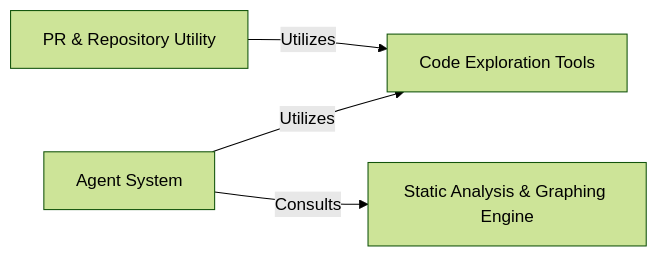
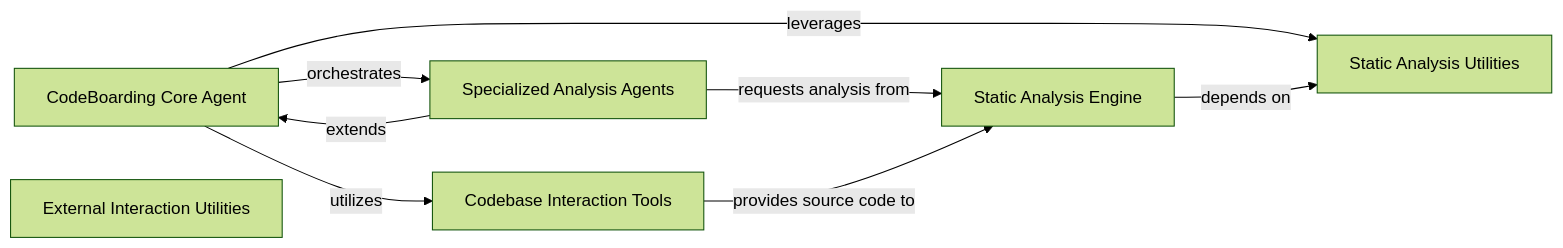
Before and after one commit to mariyam866/CodeBoarding: the diagram in .codeboarding/on_boarding.md, drawn with Mermaid (forest theme). The commit also changed other lines of this file and 6 other files, not shown here.

````diff
--- a/.codeboarding/on_boarding.md
+++ b/.codeboarding/on_boarding.md
@@ -1,14 +1,22 @@
 ```mermaid
 graph LR
-    Agent_System["Agent System"]
-    Code_Exploration_Tools["Code Exploration Tools"]
-    Static_Analysis_Graphing_Engine["Static Analysis & Graphing Engine"]
-    PR_Repository_Utility["PR & Repository Utility"]
-    Agent_System -- "Utilizes" --> Code_Exploration_Tools
-    Agent_System -- "Consults" --> Static_Analysis_Graphing_Engine
-    PR_Repository_Utility -- "Utilizes" --> Code_Exploration_Tools
-    click Agent_System href "https://github.com/CodeBoarding/CodeBoarding/blob/main/.codeboarding//CodeBoarding/Agent System.md" "Details"
-    click Code_Exploration_Tools href "https://github.com/CodeBoarding/CodeBoarding/blob/main/.codeboarding//CodeBoarding/Code Exploration Tools.md" "Details"
-    click Static_Analysis_Graphing_Engine href "https://github.com/CodeBoarding/CodeBoarding/blob/main/.codeboarding//CodeBoarding/Static Analysis & Graphing Engine.md" "Details"
-    click PR_Repository_Utility href "https://github.com/CodeBoarding/CodeBoarding/blob/main/.codeboarding//CodeBoarding/PR & Repository Utility.md" "Details"
+    CodeBoarding_Core_Agent["CodeBoarding Core Agent"]
+    Specialized_Analysis_Agents["Specialized Analysis Agents"]
+    Codebase_Interaction_Tools["Codebase Interaction Tools"]
+    Static_Analysis_Engine["Static Analysis Engine"]
+    Static_Analysis_Utilities["Static Analysis Utilities"]
+    External_Interaction_Utilities["External Interaction Utilities"]
+    CodeBoarding_Core_Agent -- "orchestrates" --> Specialized_Analysis_Agents
+    Specialized_Analysis_Agents -- "extends" --> CodeBoarding_Core_Agent
+    CodeBoarding_Core_Agent -- "utilizes" --> Codebase_Interaction_Tools
+    CodeBoarding_Core_Agent -- "leverages" --> Static_Analysis_Utilities
+    Specialized_Analysis_Agents -- "requests analysis from" --> Static_Analysis_Engine
+    Static_Analysis_Engine -- "depends on" --> Static_Analysis_Utilities
+    Codebase_Interaction_Tools -- "provides source code to" --> Static_Analysis_Engine
+    click CodeBoarding_Core_Agent href "https://github.com/CodeBoarding/CodeBoarding/blob/main/.codeboarding//CodeBoarding/CodeBoarding Core Agent.md" "Details"
+    click Specialized_Analysis_Agents href "https://github.com/CodeBoarding/CodeBoarding/blob/main/.codeboarding//CodeBoarding/Specialized Analysis Agents.md" "Details"
+    click Codebase_Interaction_Tools href "https://github.com/CodeBoarding/CodeBoarding/blob/main/.codeboarding//CodeBoarding/Codebase Interaction Tools.md" "Details"
+    click Static_Analysis_Engine href "https://github.com/CodeBoarding/CodeBoarding/blob/main/.codeboarding//CodeBoarding/Static Analysis Engine.md" "Details"
+    click Static_Analysis_Utilities href "https://github.com/CodeBoarding/CodeBoarding/blob/main/.codeboarding//CodeBoarding/Static Analysis Utilities.md" "Details"
+    click External_Interaction_Utilities href "https://github.com/CodeBoarding/CodeBoarding/blob/main/.codeboarding//CodeBoarding/External Interaction Utilities.md" "Details"
 ```
````
